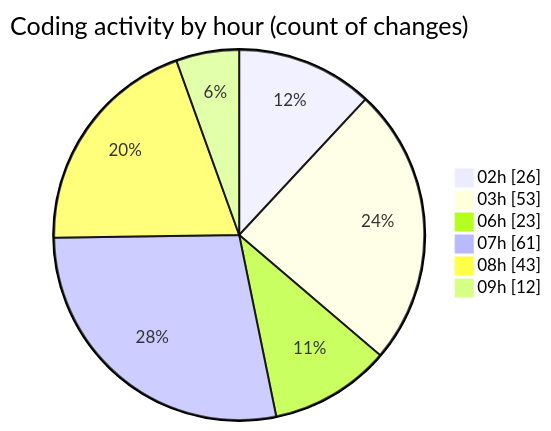
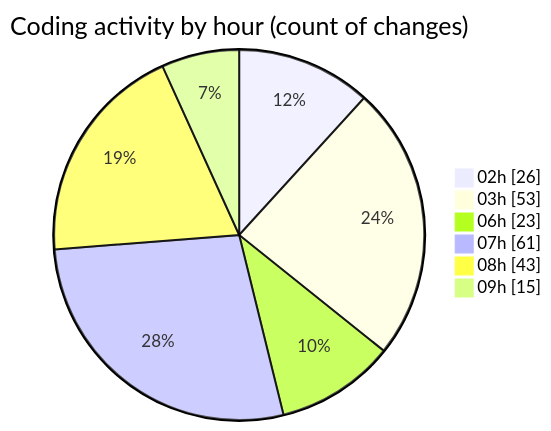
The second of 2 diagrams in 2025-02-22/micros/README.md (charlie-sans/code-tracking), drawn with Mermaid before and after one commit. The commit also changed other lines of this file and 1 other file, not shown here.

````diff
--- a/2025-02-22/micros/README.md
+++ b/2025-02-22/micros/README.md
@@ -74,10 +74,10 @@
 ```mermaid
 pie showData
 title Coding activity by hour (count of changes)
 "02h" : 26
 "03h" : 53
 "06h" : 23
 "07h" : 61
 "08h" : 43
-"09h" : 12
+"09h" : 15
 ```
````
